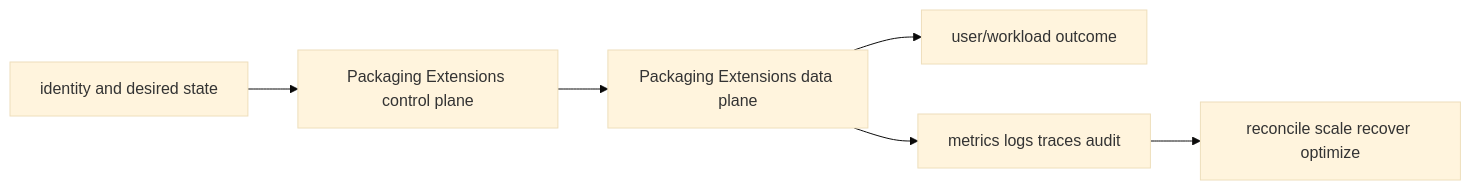
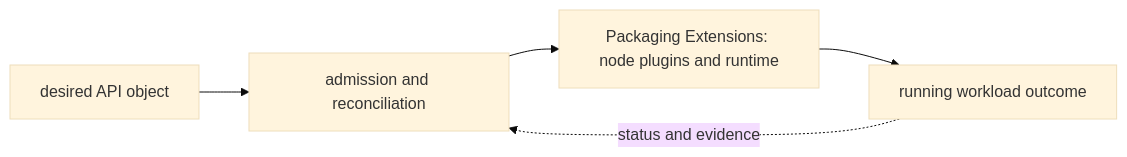
One commit to tomkidumbuyo/DevOps-interview-preparation changed the second of 2 diagrams in 06-kubernetes/07-packaging-extensions/README.md. Above: the diagram before and after it, drawn with Mermaid (base theme). The commit also changed other lines of this file and 753 other files, not shown here.

````diff
--- a/06-kubernetes/07-packaging-extensions/README.md
+++ b/06-kubernetes/07-packaging-extensions/README.md
@@ -38,8 +49,7 @@
 ```mermaid
 flowchart LR
-  I[identity and desired state] --> C[Packaging Extensions control plane]
-  C --> D[Packaging Extensions data plane]
-  D --> U[user/workload outcome]
-  D --> O[metrics logs traces audit]
-  O --> R[reconcile scale recover optimize]
+  A["desired API object"] --> B["admission and reconciliation"]
+  B --> C["Packaging Extensions: node plugins and runtime"]
+  C --> D["running workload outcome"]
+  D -. "status and evidence" .-> B
 ```
````
